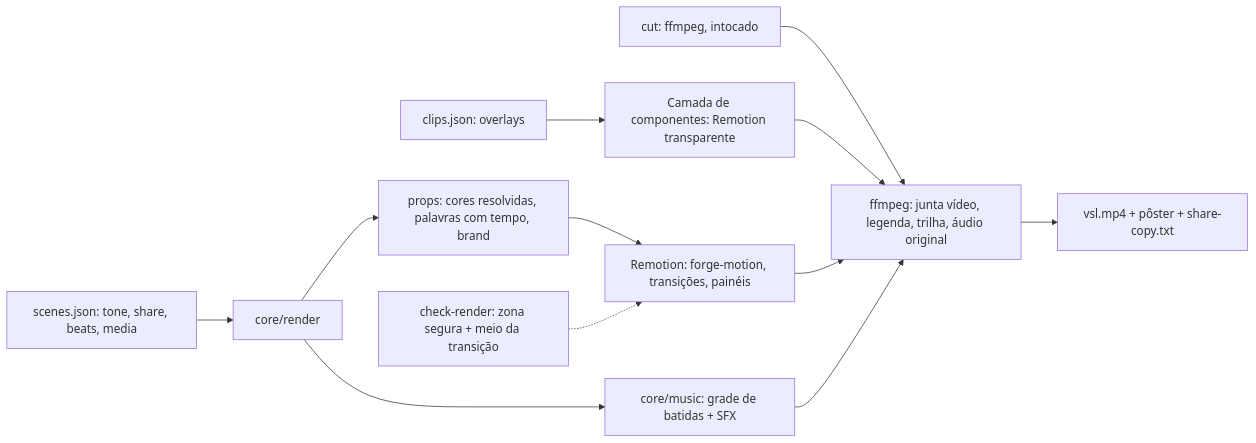
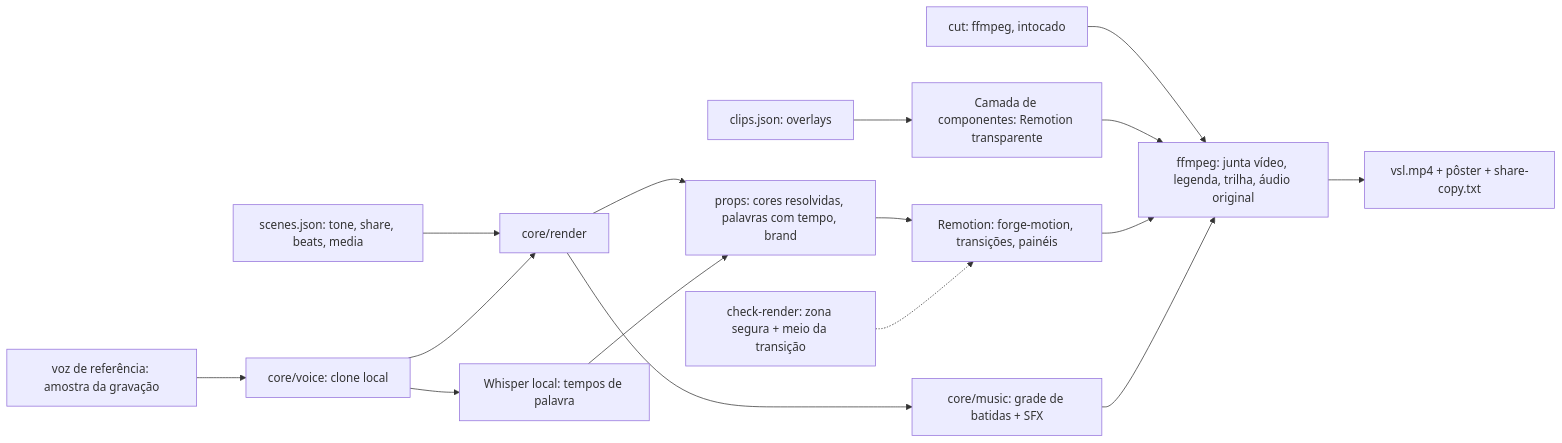
The second of 3 diagrams in sdd/discovery/05-vsl-premium/criteria.md (nathanramorim/reel-studio), drawn with Mermaid before and after one commit. The commit also changed other lines of this file and 3 other files, not shown here.

Commit message:
docs: discovery 05 com música por padrão sem áudio e voz gerada a partir de gravação

````diff
--- a/sdd/discovery/05-vsl-premium/criteria.md
+++ b/sdd/discovery/05-vsl-premium/criteria.md
@@ -58,14 +59,18 @@
 ```mermaid
 graph LR
   K[clips.json: overlays] --> L[Camada de componentes: Remotion transparente]
   C0[cut: ffmpeg, intocado] --> F
   L --> F
   S[scenes.json: tone, share, beats, media] --> R[core/render]
   R --> P[props: cores resolvidas, palavras com tempo, brand]
   P --> M[Remotion: forge-motion, transições, painéis]
   R --> A[core/music: grade de batidas + SFX]
   M --> F[ffmpeg: junta vídeo, legenda, trilha, áudio original]
   A --> F
+  V[voz de referência: amostra da gravação] --> T[core/voice: clone local]
+  T --> R
+  T --> W[Whisper local: tempos de palavra]
+  W --> P
   F --> O[vsl.mp4 + pôster + share-copy.txt]
   Q[check-render: zona segura + meio da transição] -.-> M
 ```
````
